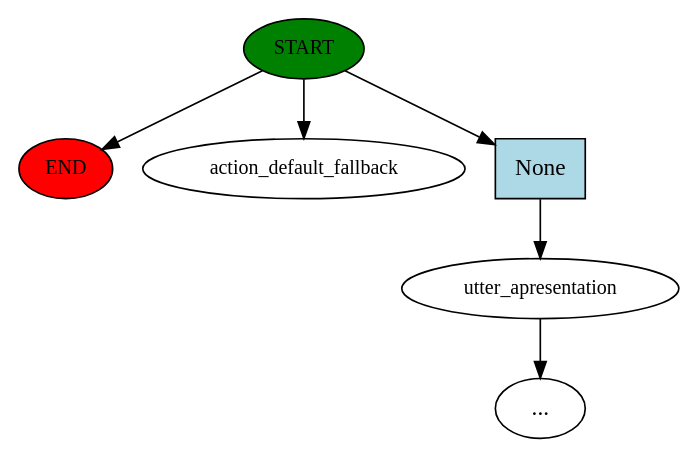
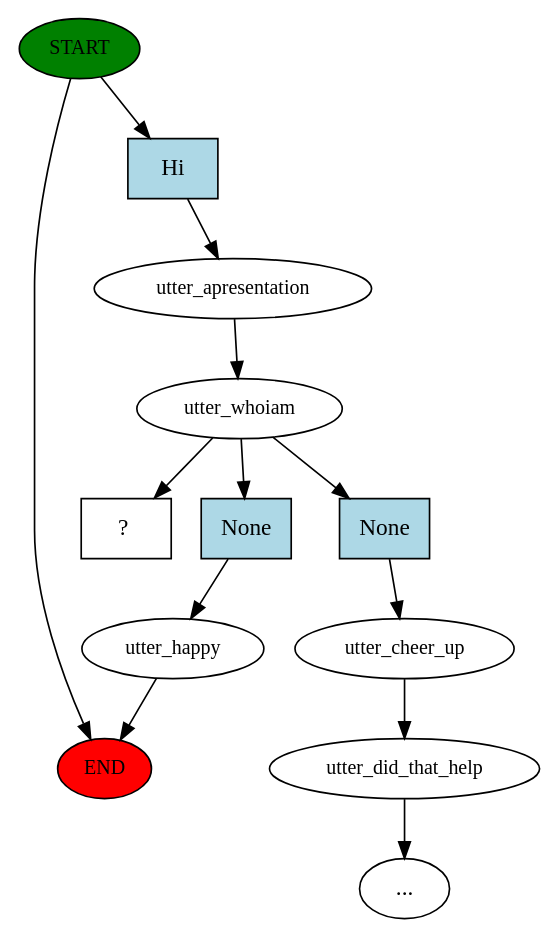
One commit to rafaelmauricioaraujo/lotrbot changed the diagram in story_graph.dot. Above: the diagram before and after it, drawn with Graphviz. The commit also changed 4 other files, not shown here.

```diff
--- a/story_graph.dot
+++ b/story_graph.dot
@@ -1,13 +1,26 @@
 digraph  {
 0 [class="start active", fillcolor=green, fontsize=12, label=START, style=filled];
 "-1" [class=end, fillcolor=red, fontsize=12, label=END, style=filled];
-1 [class="", fontsize=12, label=utter_apresentation];
-"-5" [class=ellipsis, label="..."];
-4 [class="dashed active", fontsize=12, label=action_default_fallback];
-5 [class=intent, fillcolor=lightblue, label=None, shape=rect, style=filled];
+1 [class=active, fontsize=12, label=utter_apresentation];
+2 [class=active, fontsize=12, label=utter_whoiam];
+3 [class="", fontsize=12, label=utter_happy];
+6 [class="", fontsize=12, label=utter_cheer_up];
+7 [class="", fontsize=12, label=utter_did_that_help];
+"-4" [class=ellipsis, label="..."];
+14 [class="intent dashed active", label="  ?  ", shape=rect];
+15 [class="intent active", fillcolor=lightblue, label=Hi, shape=rect, style=filled];
+16 [class=intent, fillcolor=lightblue, label=None, shape=rect, style=filled];
+17 [class=intent, fillcolor=lightblue, label=None, shape=rect, style=filled];
 0 -> "-1"  [class="", key=NONE, label=""];
-0 -> 4  [class=active, key=NONE, label=""];
-0 -> 5  [class="", key=0];
-1 -> "-5"  [class="", key=NONE, label=""];
-5 -> 1  [class="", key=0];
+0 -> 15  [class=active, key=0];
+1 -> 2  [class=active, key=NONE, label=""];
+2 -> 14  [class=active, key=NONE, label=""];
+2 -> 16  [class="", key=0];
+2 -> 17  [class="", key=0];
+3 -> "-1"  [class="", key=NONE, label=""];
+6 -> 7  [class="", key=NONE, label=""];
+7 -> "-4"  [class="", key=NONE, label=""];
+15 -> 1  [class=active, key=0];
+16 -> 3  [class="", key=0];
+17 -> 6  [class="", key=0];
 }
```
